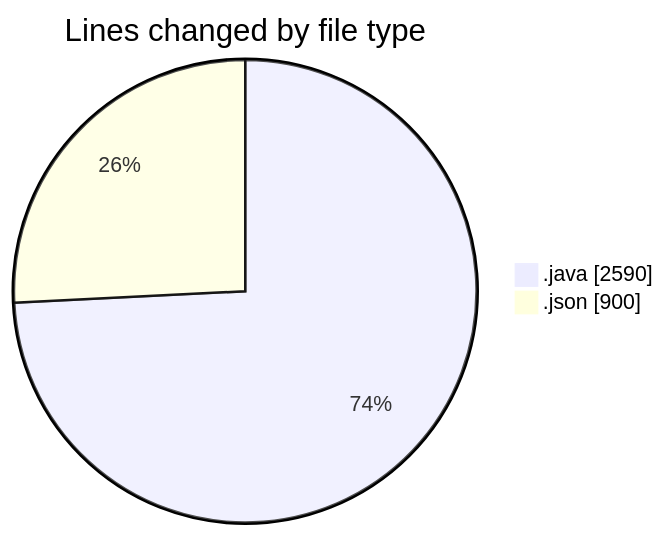
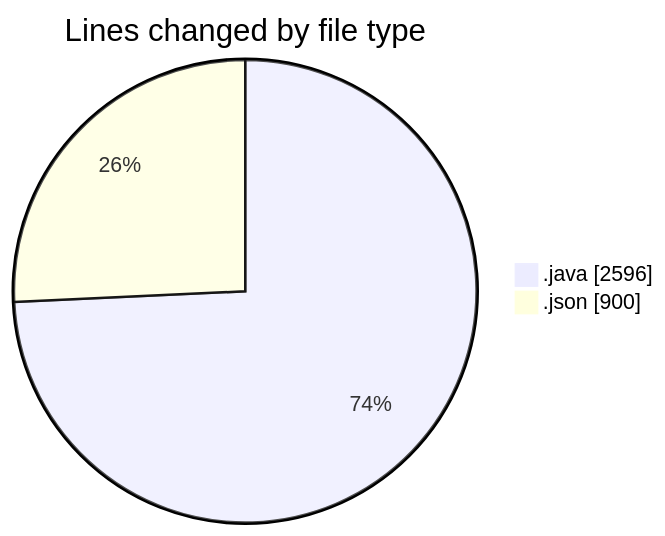
Before and after one commit to ricardozamudiocil/code-tracking: the first of 2 diagrams in 2026-04-16/cilapp/README.md, drawn with Mermaid. The commit also changed other lines of this file and 1 other file, not shown here.

````diff
--- a/2026-04-16/cilapp/README.md
+++ b/2026-04-16/cilapp/README.md
@@ -29,6 +29,6 @@
 ```mermaid
 pie showData
 title Lines changed by file type
-".java" : 2590
+".java" : 2596
 ".json" : 900
 ```
````
